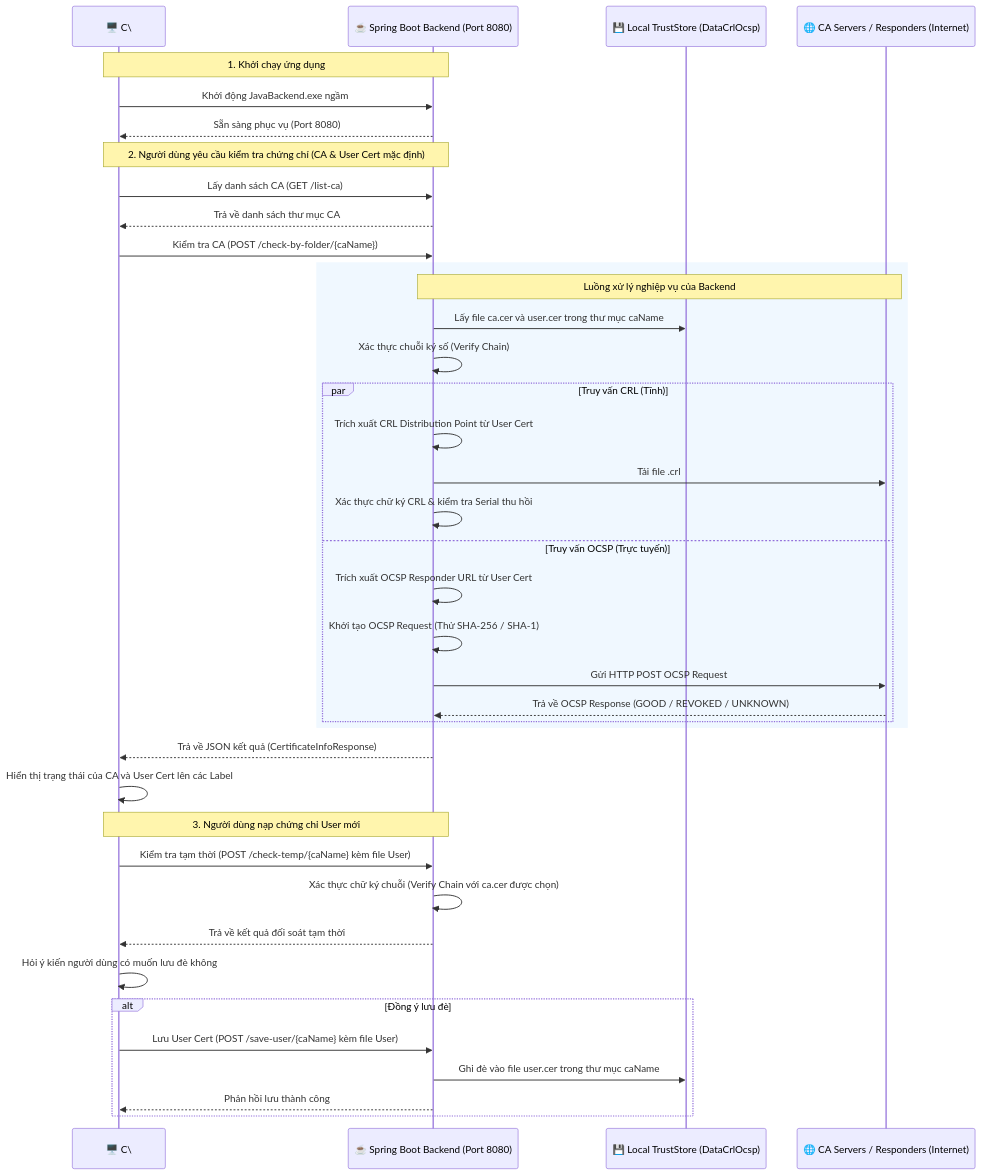
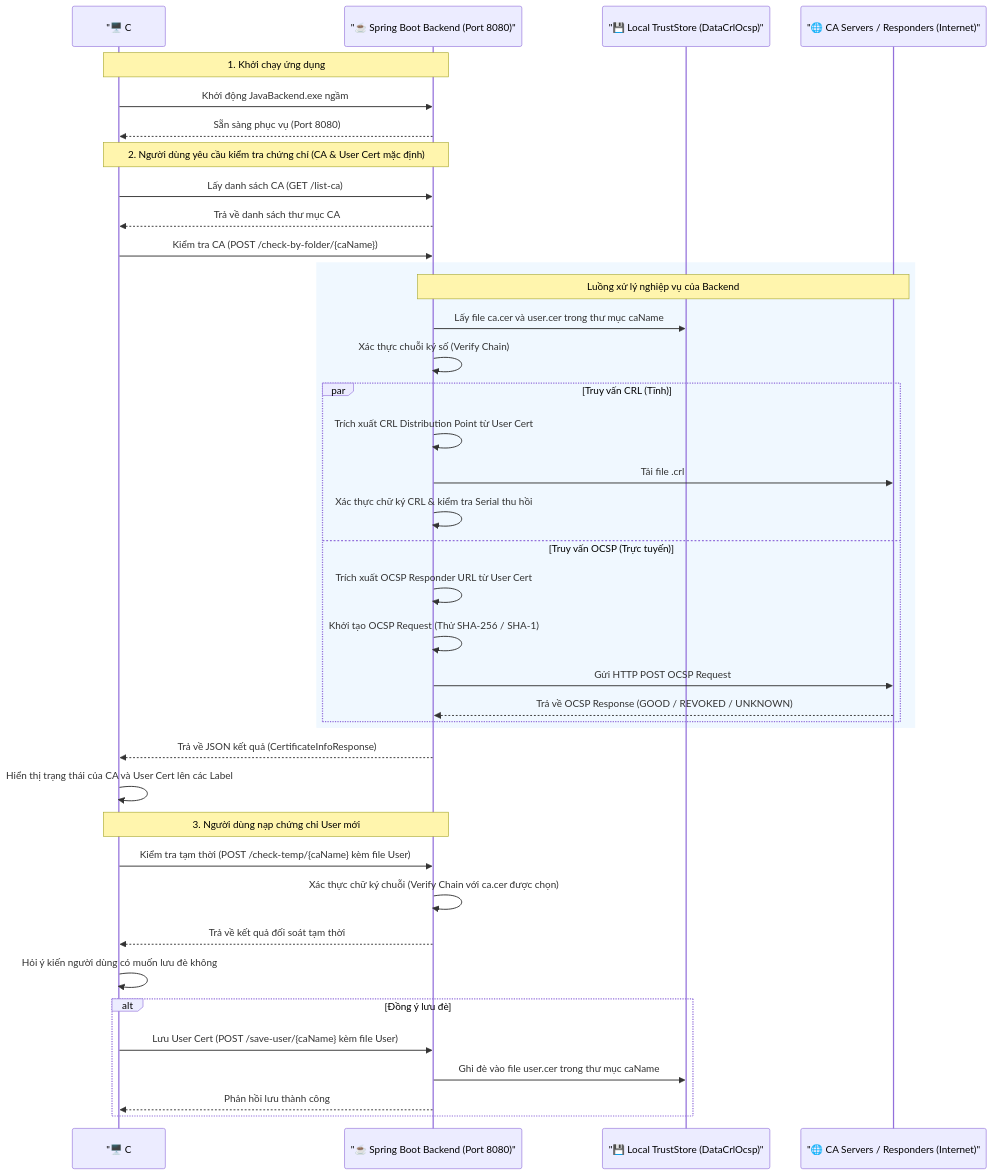
The diagram in README.md (ChiHao144/pki-certificate-tool), drawn with Mermaid before and after one commit.

Commit message:
update README.md file

````diff
--- a/README.md
+++ b/README.md
@@ -13,47 +13,47 @@
 ```mermaid
 sequenceDiagram
-    participant Client as 🖥️ C\# Desktop Client (WinForms)
-    participant Backend as ☕ Spring Boot Backend (Port 8080)
-    participant Local as 💾 Local TrustStore (DataCrlOcsp)
-    participant CA as 🌐 CA Servers / Responders (Internet)
+    participant Client as "🖥️ C# Desktop Client (WinForms)"
+    participant Backend as "☕ Spring Boot Backend (Port 8080)"
+    participant Local as "💾 Local TrustStore (DataCrlOcsp)"
+    participant CA as "🌐 CA Servers / Responders (Internet)"
 
     Note over Client, Backend: 1. Khởi chạy ứng dụng
     Client->>Backend: Khởi động JavaBackend.exe ngầm
     Backend-->>Client: Sẵn sàng phục vụ (Port 8080)
 
     Note over Client, Backend: 2. Người dùng yêu cầu kiểm tra chứng chỉ (CA & User Cert mặc định)
     Client->>Backend: Lấy danh sách CA (GET /list-ca)
     Backend-->>Client: Trả về danh sách thư mục CA
     Client->>Backend: Kiểm tra CA (POST /check-by-folder/{caName})
     
     rect rgb(240, 248, 255)
         Note over Backend, CA: Luồng xử lý nghiệp vụ của Backend
         Backend->>Local: Lấy file ca.cer và user.cer trong thư mục caName
         Backend->>Backend: Xác thực chuỗi ký số (Verify Chain)
         
         par Truy vấn CRL (Tĩnh)
             Backend->>Backend: Trích xuất CRL Distribution Point từ User Cert
             Backend->>CA: Tải file .crl
             Backend->>Backend: Xác thực chữ ký CRL & kiểm tra Serial thu hồi
         and Truy vấn OCSP (Trực tuyến)
             Backend->>Backend: Trích xuất OCSP Responder URL từ User Cert
             Backend->>Backend: Khởi tạo OCSP Request (Thử SHA-256 / SHA-1)
             Backend->>CA: Gửi HTTP POST OCSP Request
             CA-->>Backend: Trả về OCSP Response (GOOD / REVOKED / UNKNOWN)
         end
     end
 
     Backend-->>Client: Trả về JSON kết quả (CertificateInfoResponse)
     Client->>Client: Hiển thị trạng thái của CA và User Cert lên các Label
 
     Note over Client, Backend: 3. Người dùng nạp chứng chỉ User mới
     Client->>Backend: Kiểm tra tạm thời (POST /check-temp/{caName} kèm file User)
     Backend->>Backend: Xác thực chữ ký chuỗi (Verify Chain với ca.cer được chọn)
     Backend-->>Client: Trả về kết quả đối soát tạm thời
     Client->>Client: Hỏi ý kiến người dùng có muốn lưu đè không
     alt Đồng ý lưu đè
         Client->>Backend: Lưu User Cert (POST /save-user/{caName} kèm file User)
         Backend->>Local: Ghi đè vào file user.cer trong thư mục caName
         Backend-->>Client: Phản hồi lưu thành công
     end
 ```
````
